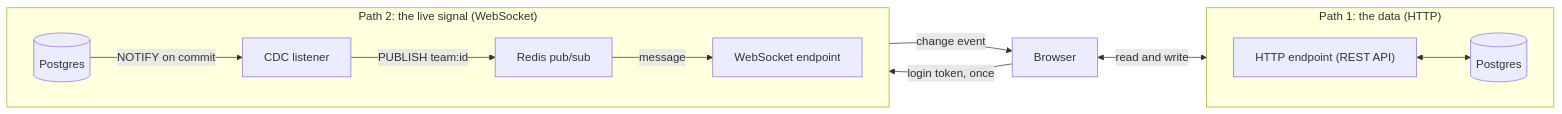
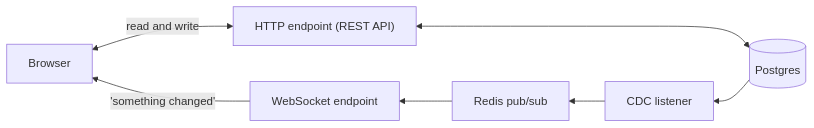
Before and after one commit to zhalok/AITri-backend-task: the second of 3 diagrams in README.md, drawn with Mermaid. The commit also changed other lines of this file, not shown here.

Commit message:
docs: enhance API design section with detailed endpoint actions and visibility scopes

````diff
--- a/README.md
+++ b/README.md
@@ -176,26 +214,16 @@
 ```mermaid
-flowchart LR
+flowchart RL
+    P[("Postgres")]
+    H["HTTP endpoint (REST API)"]
+    D["CDC listener"]
+    R["Redis pub/sub"]
+    W["WebSocket endpoint"]
     C["Browser"]
 
-    subgraph DATA ["Path 1: the data (HTTP)"]
-        direction LR
-        H["HTTP endpoint (REST API)"]
-        P1[("Postgres")]
-        H <--> P1
-    end
-
-    subgraph LIVE ["Path 2: the live signal (WebSocket)"]
-        direction LR
-        W["WebSocket endpoint"]
-        R["Redis pub/sub"]
-        D["CDC listener"]
-        P2[("Postgres")]
-        P2 -->|"NOTIFY on commit"| D
-        D -->|"PUBLISH team:id"| R
-        R -->|"message"| W
-    end
-
-    C <-->|"read and write"| H
-    W -->|"change event"| C
-    C -->|"login token, once"| W
+    P <--> H
+    H <-->|"read and write"| C
+    P --> D
+    D --> R
+    R --> W
+    W -->|"'something changed'"| C
 ```
````
